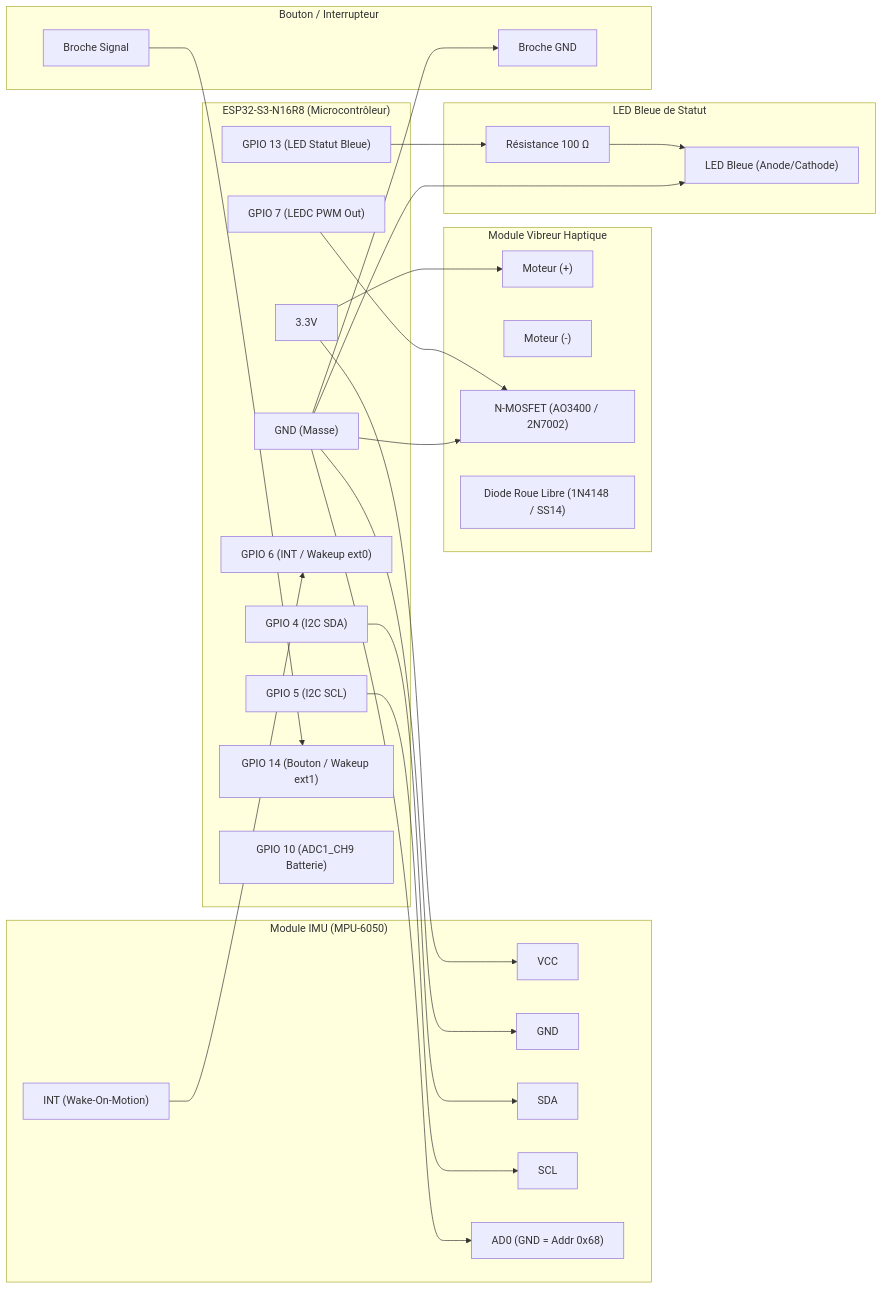
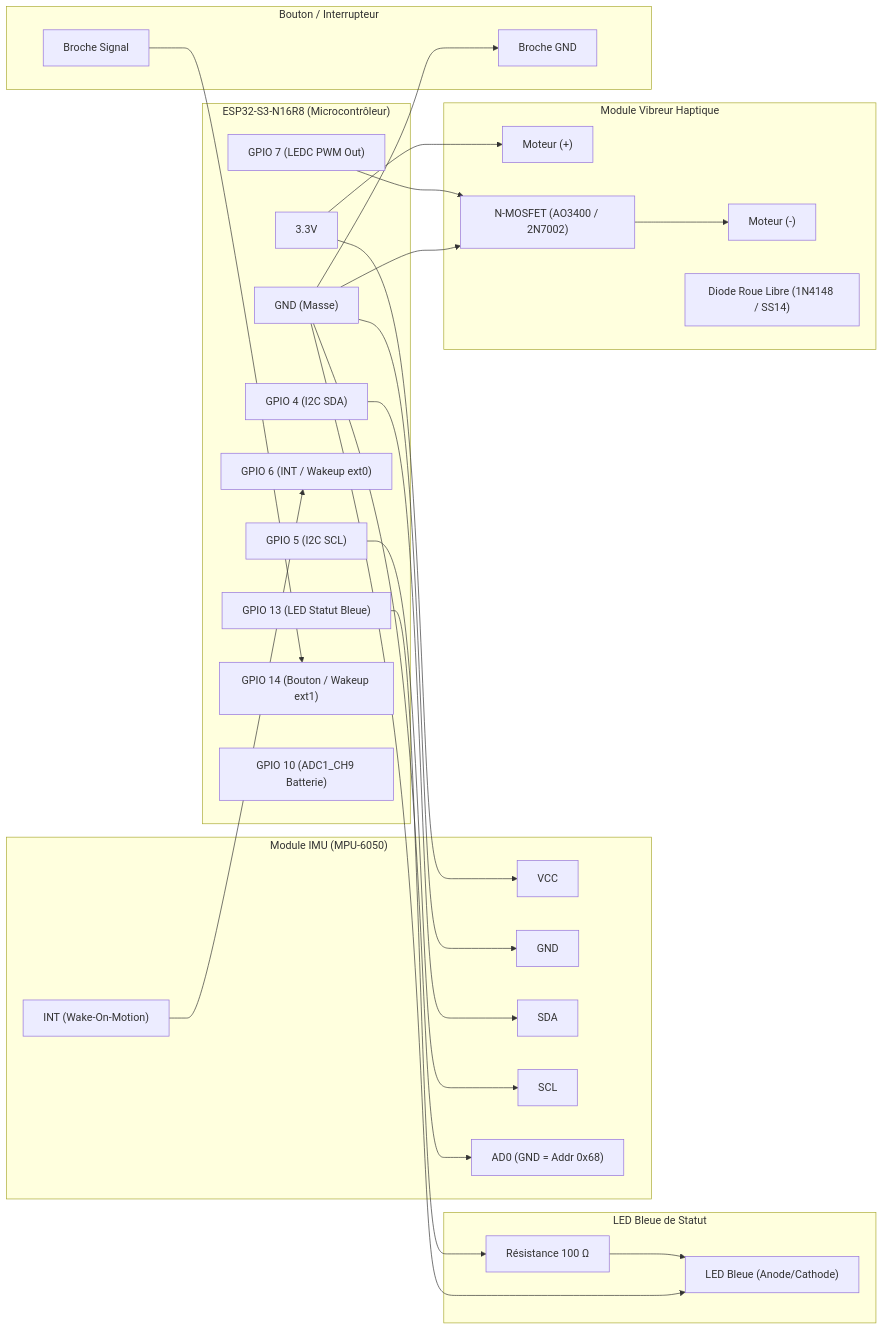
Before and after one commit to daverck/health-kicks-esp32-s3: the diagram in README.md, drawn with Mermaid. The commit also changed other lines of this file, not shown here.

Commit message:
docs: fix mermaid diagram syntax and formatting in README

````diff
--- a/README.md
+++ b/README.md
@@ -35,56 +35,57 @@
 ```mermaid
 graph LR
     subgraph ESP32["ESP32-S3-N16R8 (Microcontrôleur)"]
         3V3["3.3V"]
         GND["GND (Masse)"]
         GPIO4["GPIO 4 (I2C SDA)"]
         GPIO5["GPIO 5 (I2C SCL)"]
         GPIO6["GPIO 6 (INT / Wakeup ext0)"]
         GPIO7["GPIO 7 (LEDC PWM Out)"]
         GPIO13["GPIO 13 (LED Statut Bleue)"]
         GPIO14["GPIO 14 (Bouton / Wakeup ext1)"]
         GPIO10["GPIO 10 (ADC1_CH9 Batterie)"]
     end
 
     subgraph IMU["Module IMU (MPU-6050)"]
         IMU_VCC["VCC"]
         IMU_GND["GND"]
         IMU_SDA["SDA"]
         IMU_SCL["SCL"]
         IMU_INT["INT (Wake-On-Motion)"]
         IMU_AD0["AD0 (GND = Addr 0x68)"]
     end
 
     subgraph HAPTIC["Module Vibreur Haptique"]
         MOT_POS["Moteur (+)"]
         MOT_NEG["Moteur (-)"]
         MOSFET["N-MOSFET (AO3400 / 2N7002)"]
         DIODE["Diode Roue Libre (1N4148 / SS14)"]
     end
 
     subgraph LED["LED Bleue de Statut"]
         R_LED["Résistance 100 Ω"]
         LED_BL["LED Bleue (Anode/Cathode)"]
     end
 
     subgraph BTN["Bouton / Interrupteur"]
         SW_1["Broche Signal"]
         SW_2["Broche GND"]
     end
 
     %% Alimentations & Contrôles
     3V3 --> IMU_VCC
     3V3 --> MOT_POS
     GND --> IMU_GND
     GND --> IMU_AD0
     GND --> SW_2
     GND --> MOSFET
     GND --> LED_BL
 
     GPIO4 --> IMU_SDA
     GPIO5 --> IMU_SCL
     IMU_INT --> GPIO6
     GPIO7 --> MOSFET
+    MOSFET --> MOT_NEG
     GPIO13 --> R_LED --> LED_BL
     SW_1 --> GPIO14
 ```
````
